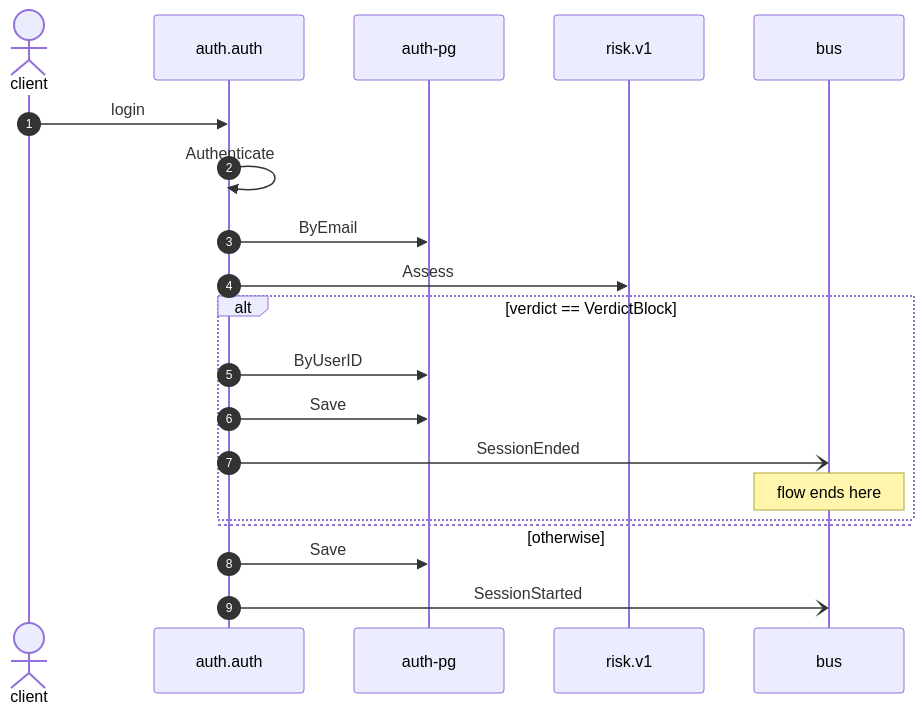
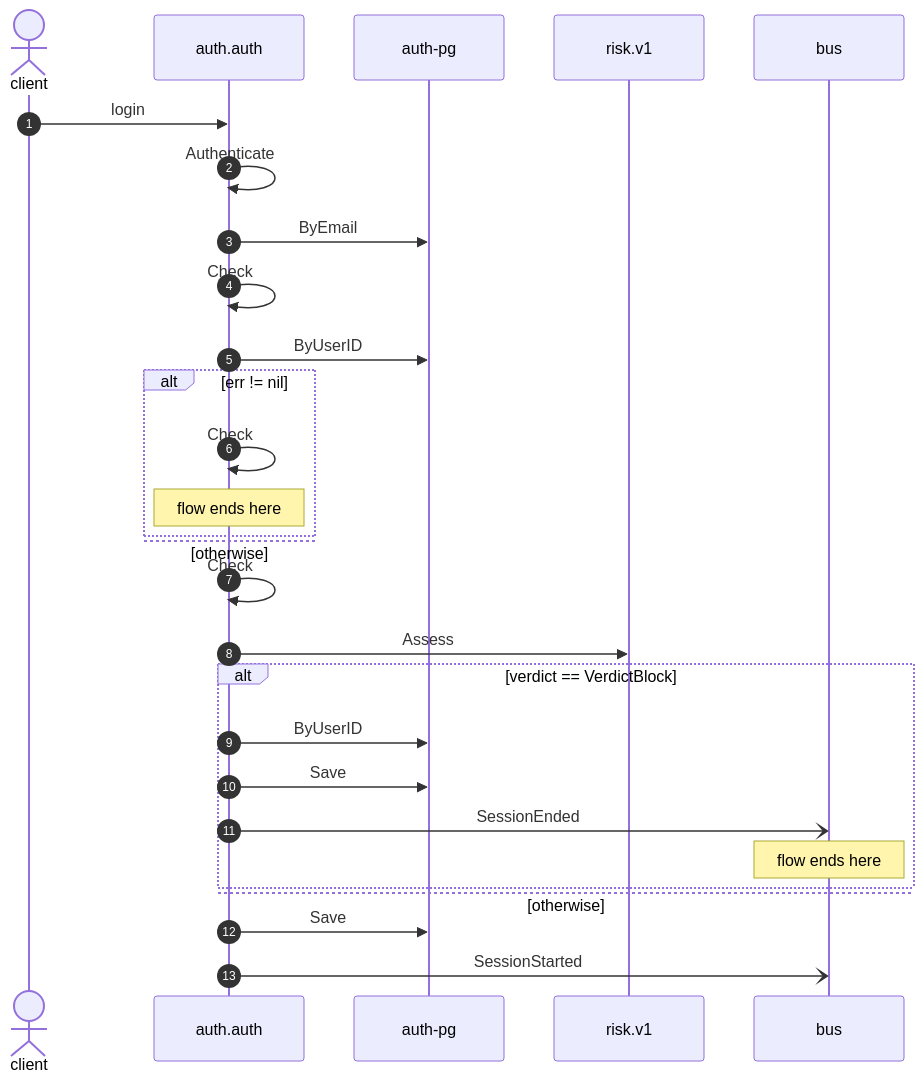
The diagram in docs/flows/auth-login.md (shortlink-org/portolan), drawn with Mermaid before and after one commit. The commit also changed other lines of this file and 49 other files, not shown here.

````diff
--- a/docs/flows/auth-login.md
+++ b/docs/flows/auth-login.md
@@ -23,22 +23,30 @@
 ```mermaid
 sequenceDiagram
     autonumber
     actor p0 as client
     participant p1 as auth.auth
     participant p2 as auth-pg
     participant p3 as risk.v1
     participant p4 as bus
     p0->>p1: login
     p1->>p1: Authenticate
     p1->>p2: ByEmail
+    p1->>p1: Check
+    p1->>p2: ByUserID
+    alt err != nil
+        p1->>p1: Check
+        Note over p1: flow ends here
+    else otherwise
+    end
+    p1->>p1: Check
     p1->>p3: Assess
     alt verdict == VerdictBlock
         p1->>p2: ByUserID
         p1->>p2: Save
         p1-)p4: SessionEnded
         Note over p4: flow ends here
     else otherwise
     end
     p1->>p2: Save
     p1-)p4: SessionStarted
 ```
````
